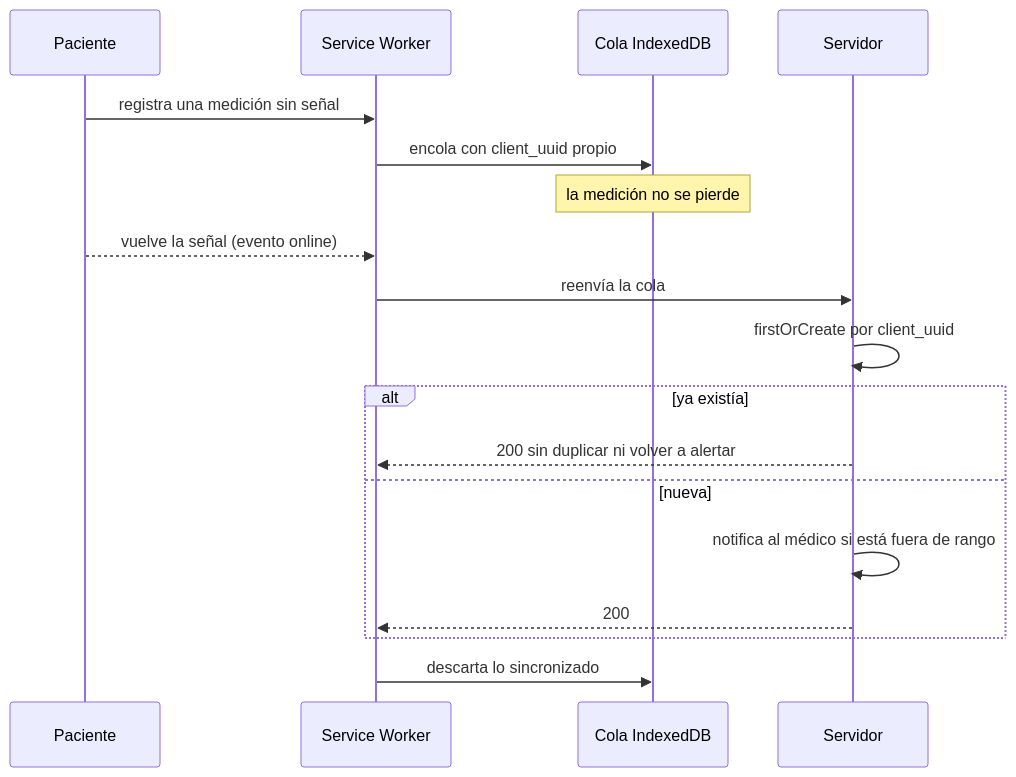
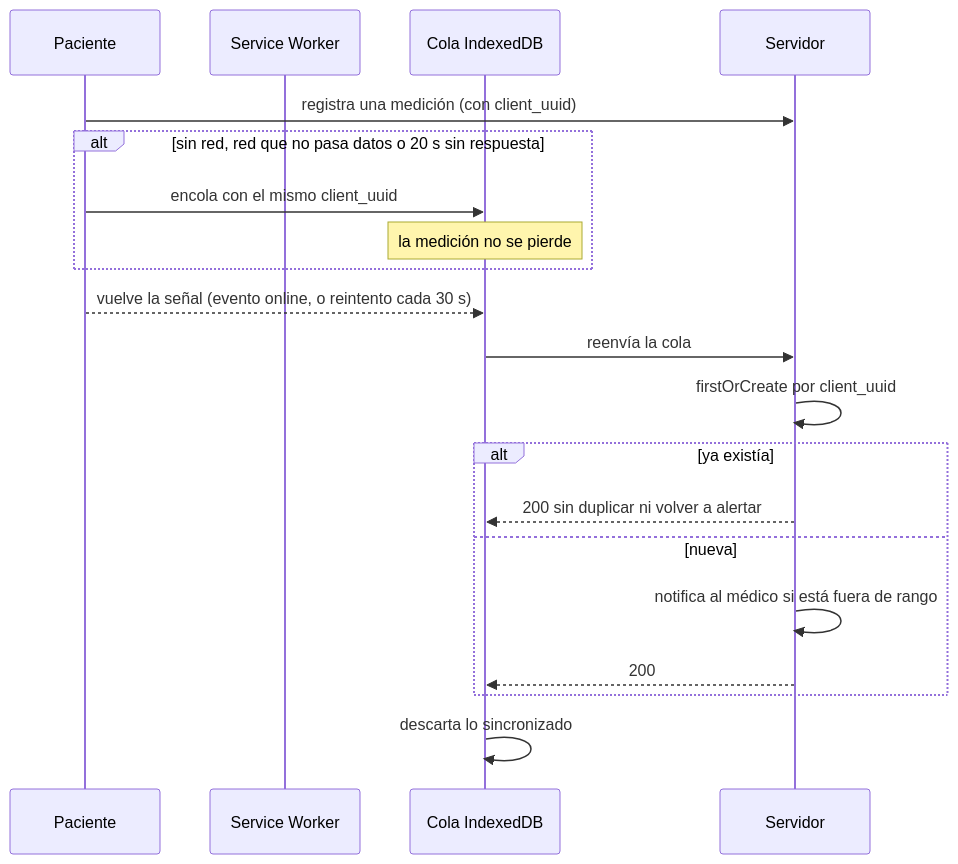
Before and after one commit to Bello2005/nefrChoco-project: the fifth of 6 diagrams in docs/arquitectura.md, drawn with Mermaid. The commit also changed other lines of this file and 35 other files, not shown here.

First line of the commit message:
fix(offline): guardar mediciones sin conexión y navegación tras el corte, con pruebas de extremo a extremo

````diff
--- a/docs/arquitectura.md
+++ b/docs/arquitectura.md
@@ -245,22 +245,24 @@
 ```mermaid
 sequenceDiagram
     participant P as Paciente
     participant SW as Service Worker
     participant Q as Cola IndexedDB
     participant API as Servidor
 
-    P->>SW: registra una medición sin señal
-    SW->>Q: encola con client_uuid propio
-    Note over Q: la medición no se pierde
+    P->>API: registra una medición (con client_uuid)
+    alt sin red, red que no pasa datos o 20 s sin respuesta
+        P->>Q: encola con el mismo client_uuid
+        Note over Q: la medición no se pierde
+    end
 
-    P-->>SW: vuelve la señal (evento online)
-    SW->>API: reenvía la cola
+    P-->>Q: vuelve la señal (evento online, o reintento cada 30 s)
+    Q->>API: reenvía la cola
     API->>API: firstOrCreate por client_uuid
     alt ya existía
-        API-->>SW: 200 sin duplicar ni volver a alertar
+        API-->>Q: 200 sin duplicar ni volver a alertar
     else nueva
         API->>API: notifica al médico si está fuera de rango
-        API-->>SW: 200
+        API-->>Q: 200
     end
-    SW->>Q: descarta lo sincronizado
+    Q->>Q: descarta lo sincronizado
 ```
````
